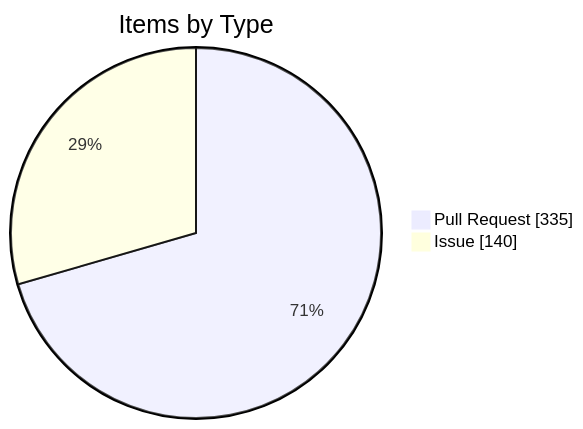
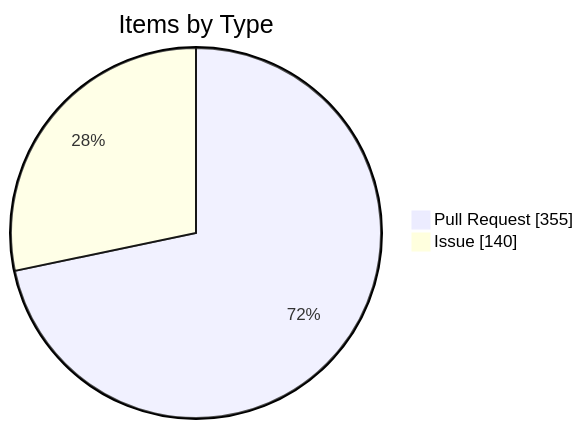
One commit to KBVE/kbve changed the fourth of 4 diagrams in apps/kbve/astro-kbve/src/content/docs/dashboard/kanban-data.mdx. Above: the diagram before and after it, drawn with Mermaid. The commit also changed other lines of this file and 2 other files, not shown here.

````diff
--- a/apps/kbve/astro-kbve/src/content/docs/dashboard/kanban-data.mdx
+++ b/apps/kbve/astro-kbve/src/content/docs/dashboard/kanban-data.mdx
@@ -246,6 +246,6 @@
 ```mermaid
 pie showData
     title Items by Type
-    "Pull Request" : 335
+    "Pull Request" : 355
     "Issue" : 140
 ```
````
